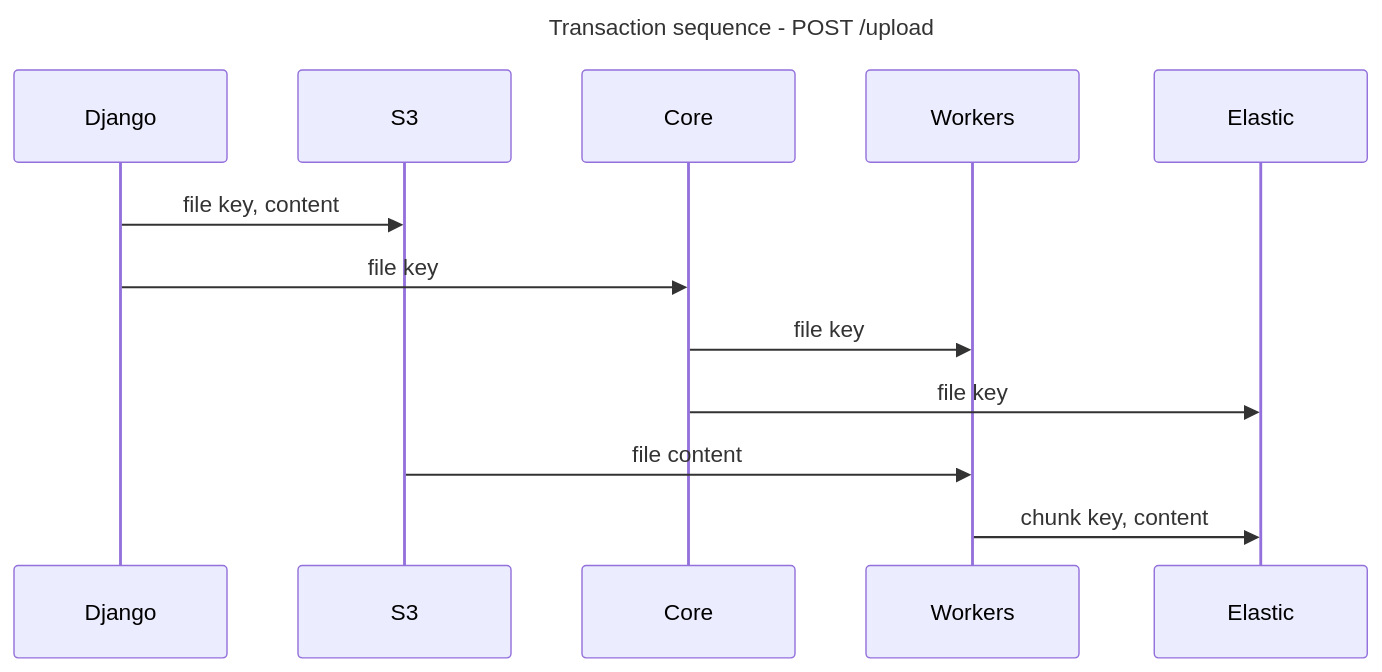
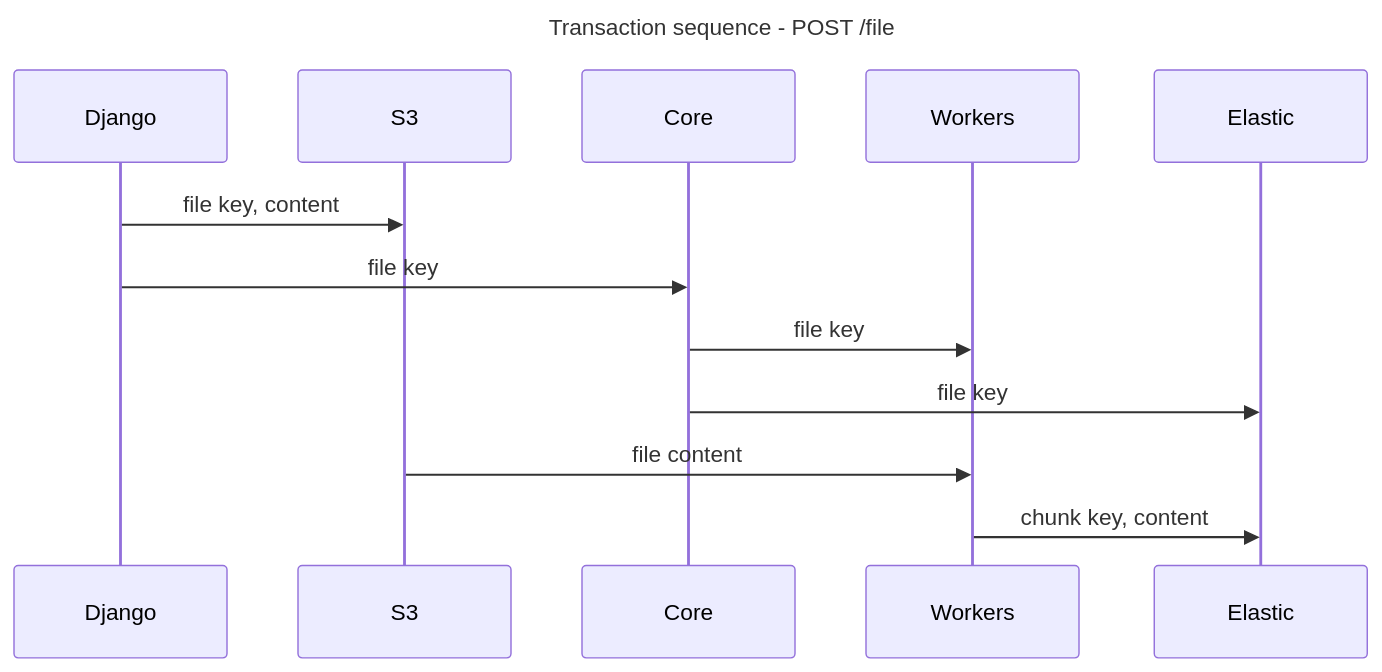
Before and after one commit to i-dot-ai/redbox: the first of 5 diagrams in docs/architecture/transactions_and_schema.md, drawn with Mermaid. The commit also changed other lines of this file and 12 other files, not shown here.

Commit message:
Architecture docs

````diff
--- a/docs/architecture/transactions_and_schema.md
+++ b/docs/architecture/transactions_and_schema.md
@@ -5,13 +10,13 @@
 ```mermaid
 ---
-title: Transaction sequence - POST /upload
+title: Transaction sequence - POST /file
 ---
 
 sequenceDiagram
     Django->>S3: file key, content
     Django->>Core: file key
     Core->>Workers: file key
     Core->>Elastic: file key
     S3->>Workers: file content
     Workers->>Elastic: chunk key, content
 ```
````
